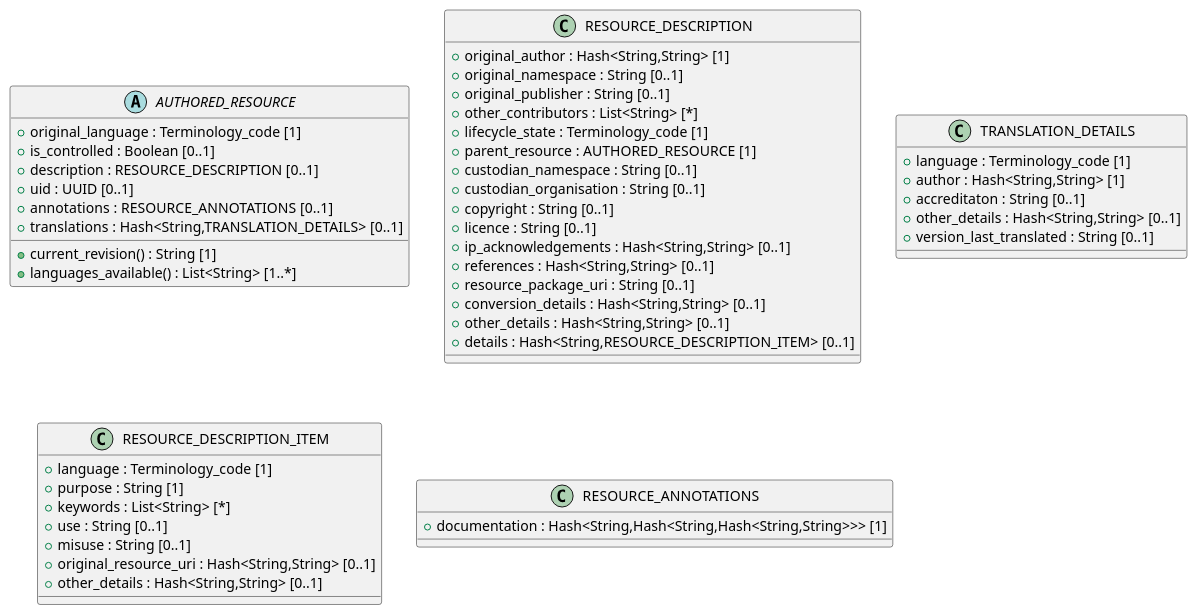
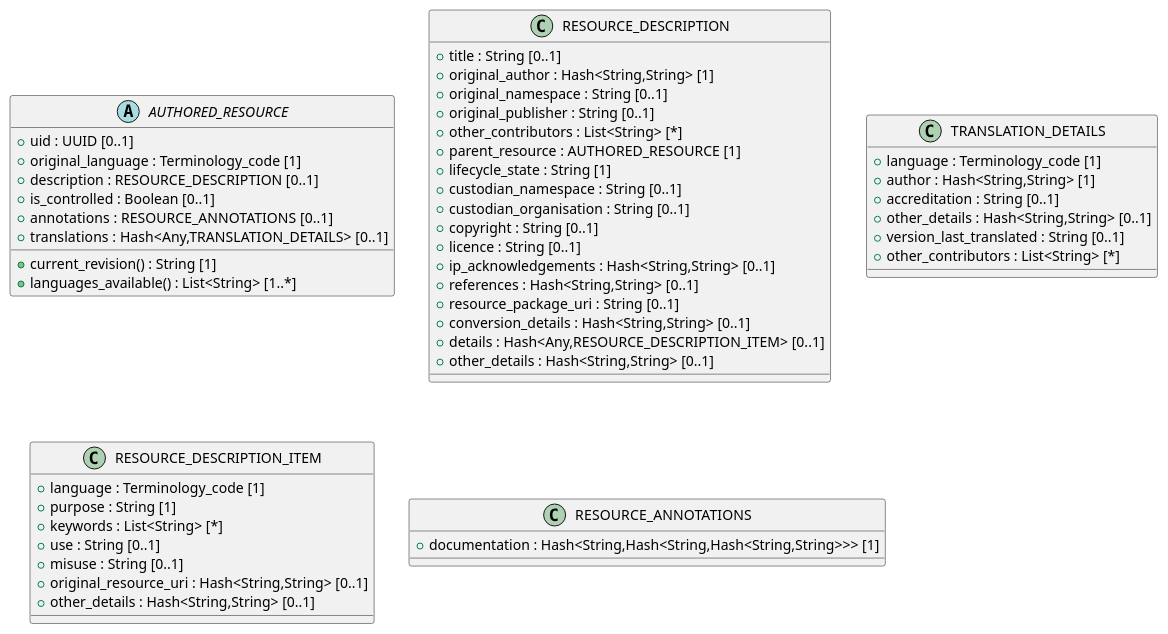
One commit to sebastian-iancu/code-generator changed the diagram in code/Adoc/openehr_base_1.3.0/plantUML/packages/org.openehr.base.resource.adoc. Above: the diagram before and after it, drawn with PlantUML. The commit also changed 719 other files, not shown here.

```diff
--- a/code/Adoc/openehr_base_1.3.0/plantUML/packages/org.openehr.base.resource.adoc
+++ b/code/Adoc/openehr_base_1.3.0/plantUML/packages/org.openehr.base.resource.adoc
@@ -1,59 +1,61 @@
 [plantuml,org.openehr.base.resource,format=svg,svg-type="inline"]
 -----
 @startuml
 
 abstract class AUTHORED_RESOURCE {
+  + uid : UUID [0..1]
   + original_language : Terminology_code [1]
+  + description : RESOURCE_DESCRIPTION [0..1]
   + is_controlled : Boolean [0..1]
-  + description : RESOURCE_DESCRIPTION [0..1]
-  + uid : UUID [0..1]
   + annotations : RESOURCE_ANNOTATIONS [0..1]
-  + translations : Hash<String,TRANSLATION_DETAILS> [0..1]
+  + translations : Hash<Any,TRANSLATION_DETAILS> [0..1]
   + current_revision() : String [1]
   + languages_available() : List<String> [1..*]
 }
 
 class RESOURCE_DESCRIPTION {
+  + title : String [0..1]
   + original_author : Hash<String,String> [1]
   + original_namespace : String [0..1]
   + original_publisher : String [0..1]
   + other_contributors : List<String> [*]
-  + lifecycle_state : Terminology_code [1]
   + parent_resource : AUTHORED_RESOURCE [1]
+  + lifecycle_state : String [1]
   + custodian_namespace : String [0..1]
   + custodian_organisation : String [0..1]
   + copyright : String [0..1]
   + licence : String [0..1]
   + ip_acknowledgements : Hash<String,String> [0..1]
   + references : Hash<String,String> [0..1]
   + resource_package_uri : String [0..1]
   + conversion_details : Hash<String,String> [0..1]
+  + details : Hash<Any,RESOURCE_DESCRIPTION_ITEM> [0..1]
   + other_details : Hash<String,String> [0..1]
-  + details : Hash<String,RESOURCE_DESCRIPTION_ITEM> [0..1]
 }
 
 class TRANSLATION_DETAILS {
   + language : Terminology_code [1]
   + author : Hash<String,String> [1]
-  + accreditaton : String [0..1]
+  + accreditation : String [0..1]
   + other_details : Hash<String,String> [0..1]
   + version_last_translated : String [0..1]
+  + other_contributors : List<String> [*]
 }
 
 class RESOURCE_DESCRIPTION_ITEM {
   + language : Terminology_code [1]
   + purpose : String [1]
   + keywords : List<String> [*]
   + use : String [0..1]
   + misuse : String [0..1]
   + original_resource_uri : Hash<String,String> [0..1]
   + other_details : Hash<String,String> [0..1]
 }
 
 class RESOURCE_ANNOTATIONS {
   + documentation : Hash<String,Hash<String,Hash<String,String>>> [1]
 }
 
 
 @enduml
 -----
```
